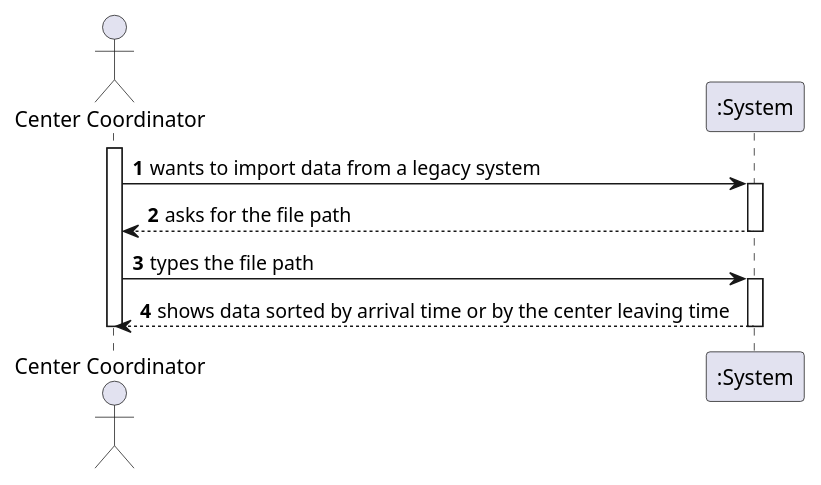
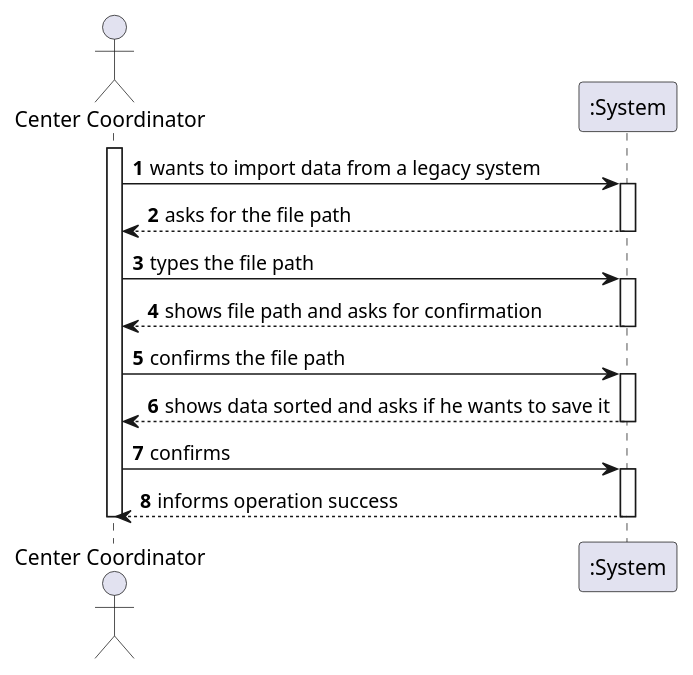
Before and after one commit to miseEnPlace-i/lapr2: the diagram in docs/SprintD/US17/SSD/US17_SSD.puml, drawn with PlantUML. The commit also changed 1 other file, not shown here.

```diff
--- a/docs/SprintD/US17/SSD/US17_SSD.puml
+++ b/docs/SprintD/US17/SSD/US17_SSD.puml
@@ -1,22 +1,35 @@
 @startuml US17_SSD
 autonumber
 
 actor "Center Coordinator" as COORDINATOR
 
 activate COORDINATOR
 
 COORDINATOR -> ":System" : wants to import data from a legacy system
 activate ":System"
 
 ":System" --> COORDINATOR : asks for the file path
 deactivate ":System"
 
 COORDINATOR -> ":System" : types the file path
 activate ":System"
 
-":System" --> COORDINATOR : shows data sorted by arrival time or by the center leaving time
+":System" --> COORDINATOR : shows file path and asks for confirmation
+deactivate ":System"
+
+COORDINATOR -> ":System" : confirms the file path
+activate ":System"
+
+' sorted by arrival time or by the center leaving time
+":System" --> COORDINATOR : shows data sorted and asks if he wants to save it
+deactivate ":System"
+
+COORDINATOR -> ":System" : confirms
+activate ":System"
+
+":System" --> COORDINATOR : informs operation success
 deactivate ":System"
 
 deactivate COORDINATOR
 
 @enduml
```
